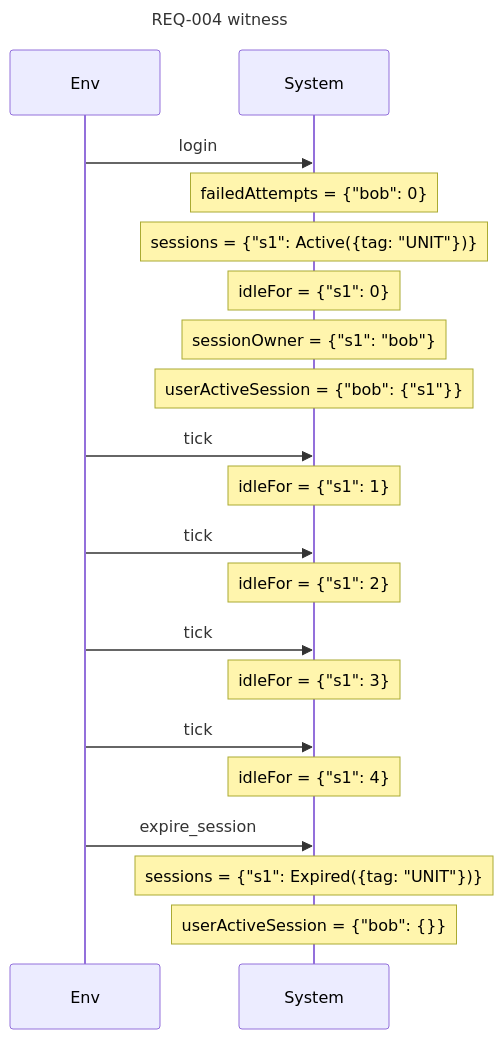
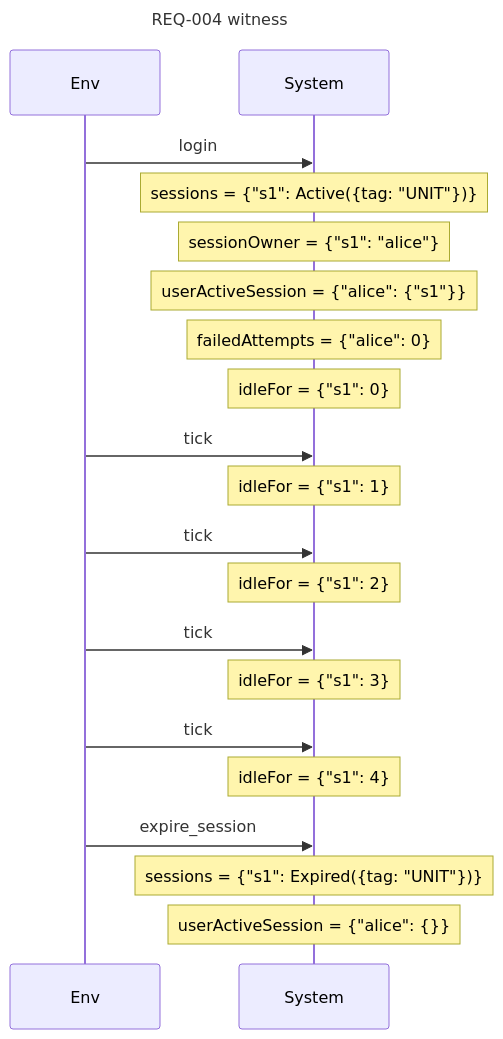
The fifth of 8 diagrams in examples/specs/auth.readback.md (AlesKracik/quintessence), drawn with Mermaid before and after one commit. The commit also changed other lines of this file and 53 other files, not shown here.

````diff
--- a/examples/specs/auth.readback.md
+++ b/examples/specs/auth.readback.md
@@ -421,23 +428,23 @@
 ```mermaid
 sequenceDiagram
     title REQ-004 witness
     participant E as Env
     participant S as System
     E->>S: login
-    Note over S: failedAttempts = {"bob": 0}
     Note over S: sessions = {"s1": Active({tag: "UNIT"})}
+    Note over S: sessionOwner = {"s1": "alice"}
+    Note over S: userActiveSession = {"alice": {"s1"}}
+    Note over S: failedAttempts = {"alice": 0}
     Note over S: idleFor = {"s1": 0}
-    Note over S: sessionOwner = {"s1": "bob"}
-    Note over S: userActiveSession = {"bob": {"s1"}}
     E->>S: tick
     Note over S: idleFor = {"s1": 1}
     E->>S: tick
     Note over S: idleFor = {"s1": 2}
     E->>S: tick
     Note over S: idleFor = {"s1": 3}
     E->>S: tick
     Note over S: idleFor = {"s1": 4}
     E->>S: expire_session
     Note over S: sessions = {"s1": Expired({tag: "UNIT"})}
-    Note over S: userActiveSession = {"bob": {}}
+    Note over S: userActiveSession = {"alice": {}}
 ```
````
